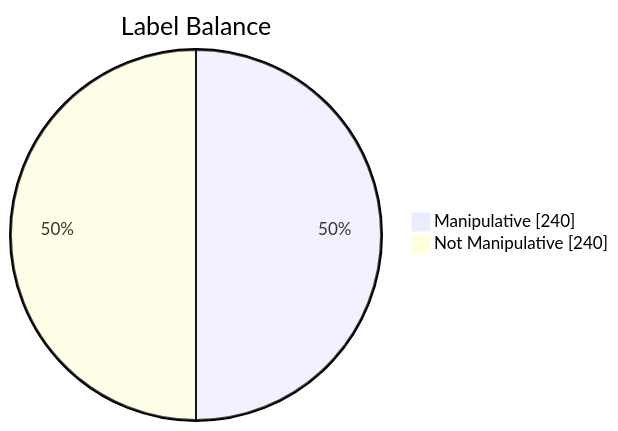
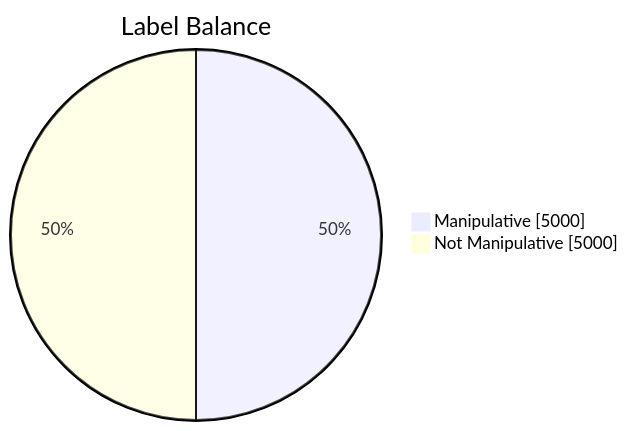
One commit to itsvineet99/manipulation-detection changed the second of 2 diagrams in README.md. Above: the diagram before and after it, drawn with Mermaid. The commit also changed other lines of this file and 18 other files, not shown here.

````diff
--- a/README.md
+++ b/README.md
@@ -84,6 +84,6 @@
 ```mermaid
 pie showData
     title Label Balance
-    "Manipulative" : 240
-    "Not Manipulative" : 240
+    "Manipulative" : 5000
+    "Not Manipulative" : 5000
 ```
````
